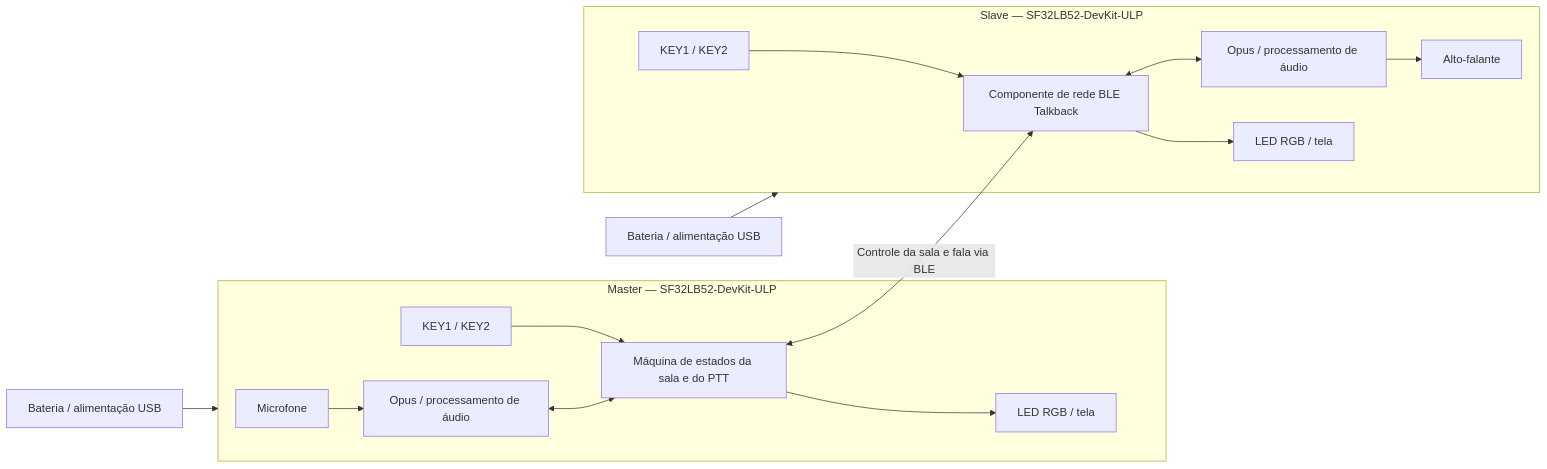
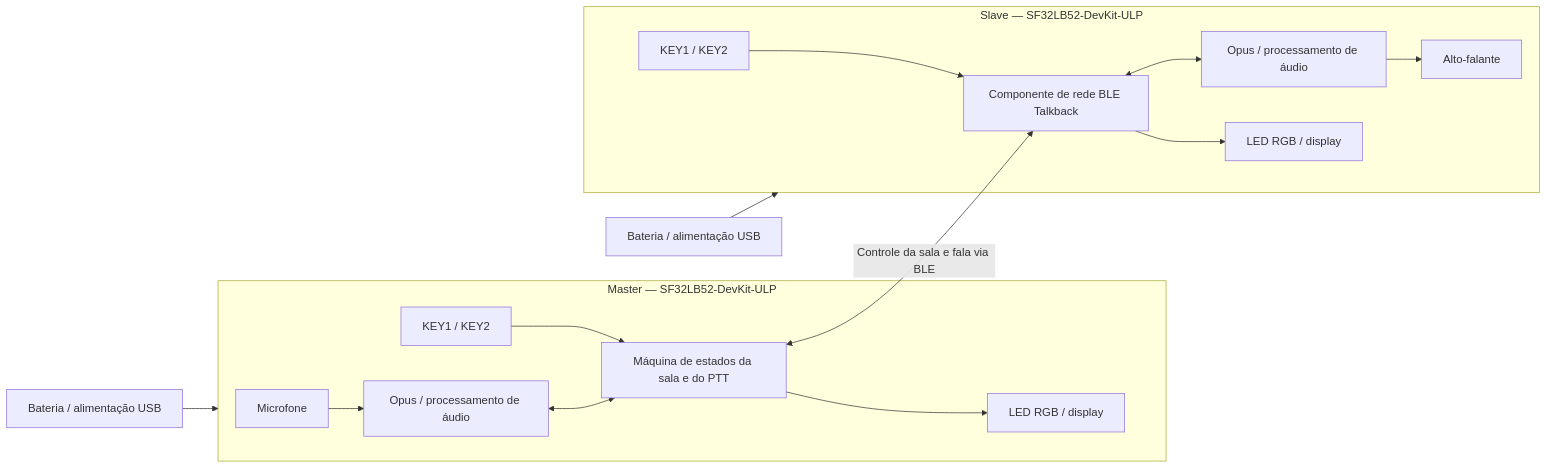
The diagram in docs_pt/projects/sf32-ble-talkback.md (uForge-io/uforge-site), drawn with Mermaid before and after one commit. The commit also changed other lines of this file and 1299 other files, not shown here.

````diff
--- a/docs_pt/projects/sf32-ble-talkback.md
+++ b/docs_pt/projects/sf32-ble-talkback.md
@@ -120,18 +120,18 @@
 ```mermaid
 flowchart LR
     subgraph A["Master — SF32LB52-DevKit-ULP"]
         AM["Microfone"] --> AC["Opus / processamento de áudio"]
         AK["KEY1 / KEY2"] --> AN["Máquina de estados da sala e do PTT"]
-        AN --> AL["LED RGB / tela"]
+        AN --> AL["LED RGB / display"]
         AC <--> AN
     end
     subgraph B["Slave — SF32LB52-DevKit-ULP"]
         BN["Componente de rede BLE Talkback"] <--> BC["Opus / processamento de áudio"]
         BC --> BS["Alto-falante"]
         BK["KEY1 / KEY2"] --> BN
-        BN --> BL["LED RGB / tela"]
+        BN --> BL["LED RGB / display"]
     end
     AN <--> |"Controle da sala e fala via BLE"| BN
     AP["Bateria / alimentação USB"] --> A
     BP["Bateria / alimentação USB"] --> B
 ```
````
